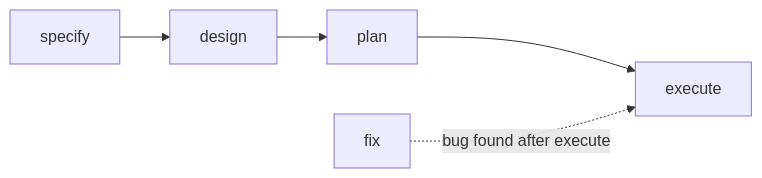
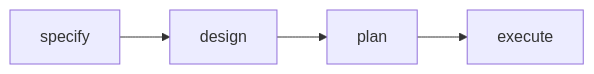
One commit to emiliosheinz/agent-skills changed the diagram in README.md. Above: the diagram before and after it, drawn with Mermaid. The commit also changed other lines of this file and 7 other files, not shown here.

````diff
--- a/README.md
+++ b/README.md
@@ -46,5 +46,4 @@
 ```mermaid
 flowchart LR
     SP["specify"] --> DE["design"] --> PL["plan"] --> EX["execute"]
-    FX["fix"] -.->|bug found after execute| EX
 ```
````
